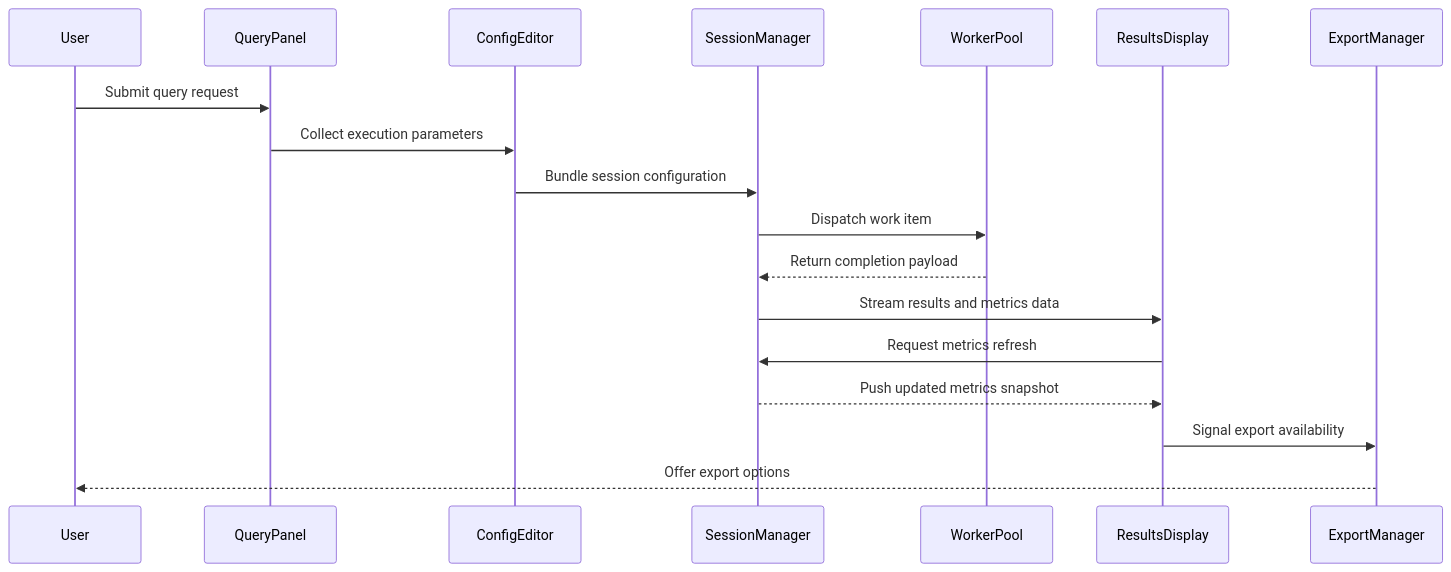
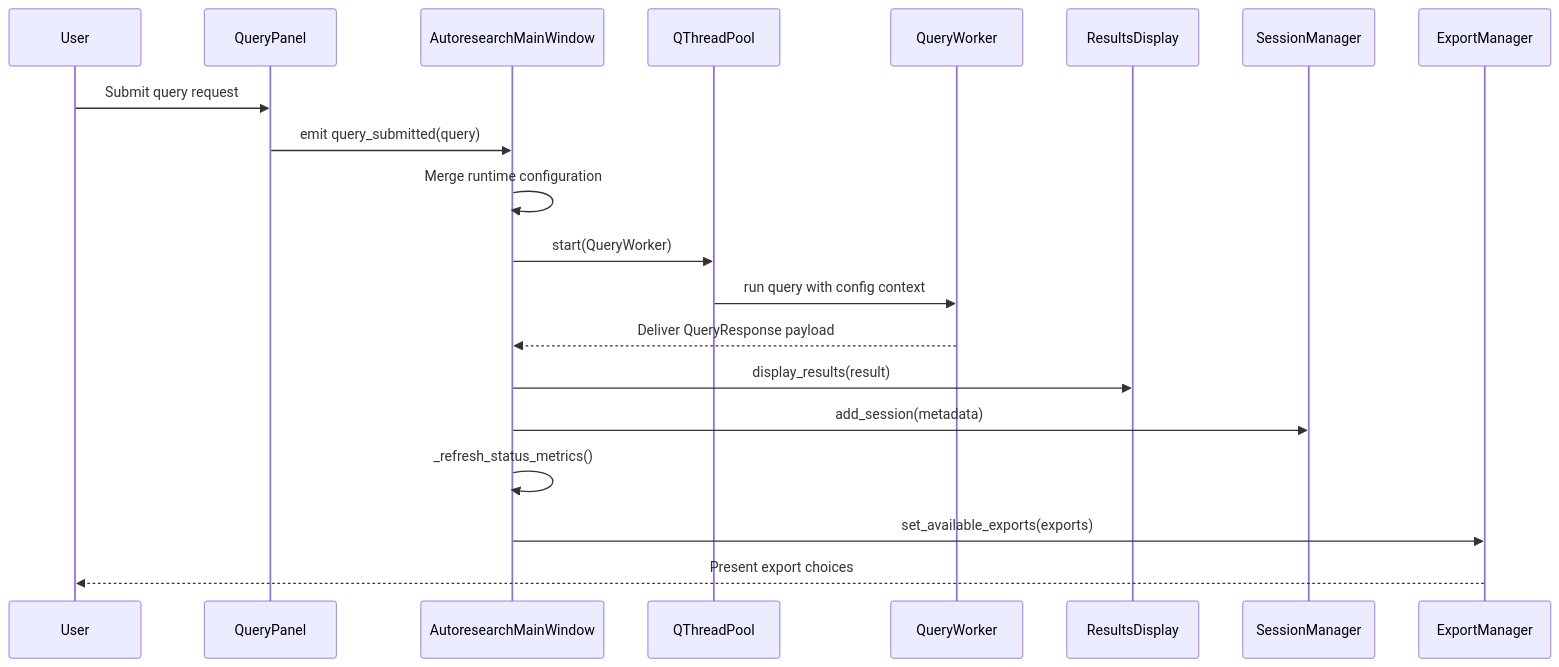
Before and after one commit to ravenoak/autoresearch: the second of 2 diagrams in docs/diagrams/pyside6_layout.md, drawn with Mermaid. The commit also changed other lines of this file, not shown here.

Commit message:
docs: refresh PySide6 layout diagrams

````diff
--- a/docs/diagrams/pyside6_layout.md
+++ b/docs/diagrams/pyside6_layout.md
@@ -32,21 +27,23 @@
 ```mermaid
 sequenceDiagram
     participant User
     participant QueryPanel
-    participant ConfigEditor
+    participant AutoresearchMainWindow
+    participant QThreadPool
+    participant QueryWorker
+    participant ResultsDisplay
     participant SessionManager
-    participant WorkerPool
-    participant ResultsDisplay
     participant ExportManager
 
     User->>QueryPanel: Submit query request
-    QueryPanel->>ConfigEditor: Collect execution parameters
-    ConfigEditor->>SessionManager: Bundle session configuration
-    SessionManager->>WorkerPool: Dispatch work item
-    WorkerPool-->>SessionManager: Return completion payload
-    SessionManager->>ResultsDisplay: Stream results and metrics data
-    ResultsDisplay->>SessionManager: Request metrics refresh
-    SessionManager-->>ResultsDisplay: Push updated metrics snapshot
-    ResultsDisplay->>ExportManager: Signal export availability
-    ExportManager-->>User: Offer export options
+    QueryPanel->>AutoresearchMainWindow: emit query_submitted(query)
+    AutoresearchMainWindow->>AutoresearchMainWindow: Merge runtime configuration
+    AutoresearchMainWindow->>QThreadPool: start(QueryWorker)
+    QThreadPool->>QueryWorker: run query with config context
+    QueryWorker-->>AutoresearchMainWindow: Deliver QueryResponse payload
+    AutoresearchMainWindow->>ResultsDisplay: display_results(result)
+    AutoresearchMainWindow->>SessionManager: add_session(metadata)
+    AutoresearchMainWindow->>AutoresearchMainWindow: _refresh_status_metrics()
+    AutoresearchMainWindow->>ExportManager: set_available_exports(exports)
+    ExportManager-->>User: Present export choices
 ```
````
